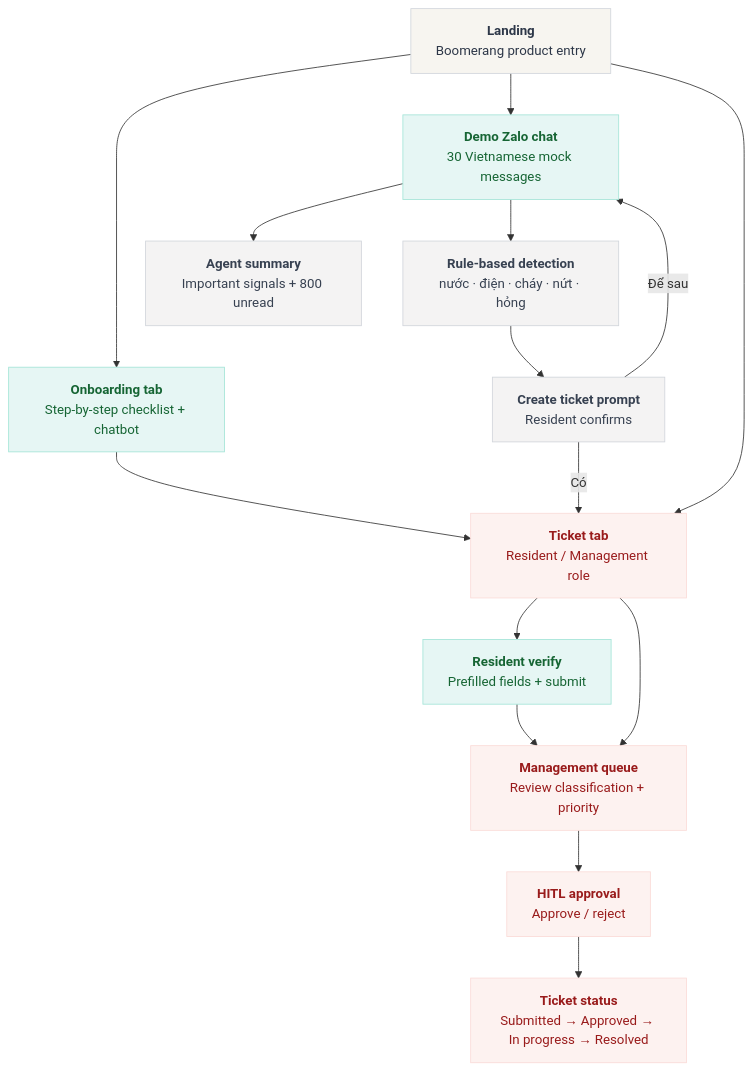
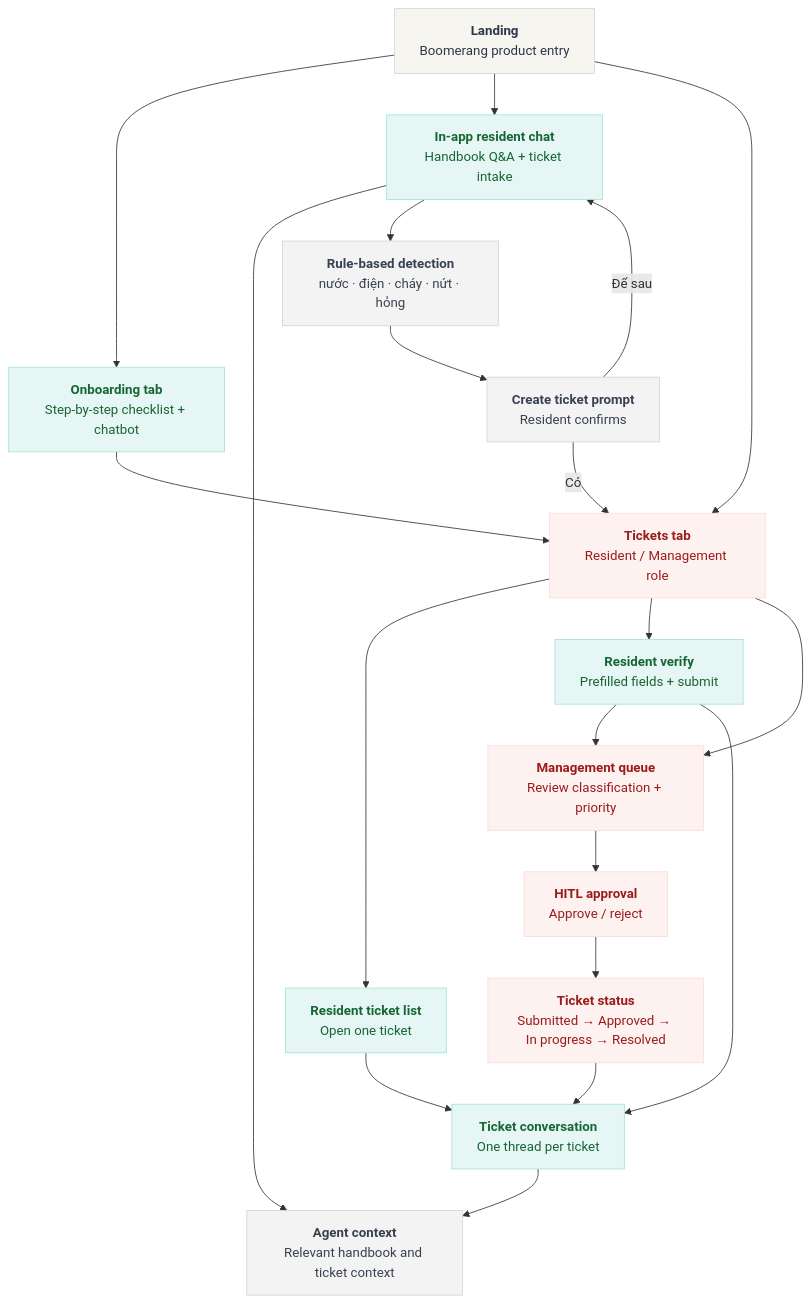
The diagram in docs/uiFlow.mermaid (nguyendangtran2110-bit/p052-deploy), drawn with Mermaid before and after one commit. The commit also changed 66 other files, not shown here.

```diff
--- a/docs/uiFlow.mermaid
+++ b/docs/uiFlow.mermaid
@@ -1,36 +1,43 @@
 graph TD
     Landing["<b>Landing</b><br/>Boomerang product entry"]
     Onboarding["<b>Onboarding tab</b><br/>Step-by-step checklist + chatbot"]
-    Zalo["<b>Demo Zalo chat</b><br/>30 Vietnamese mock messages"]
-    Summary["<b>Agent summary</b><br/>Important signals + 800 unread"]
+    Chat["<b>In-app resident chat</b><br/>Handbook Q&A + ticket intake"]
+    Summary["<b>Agent context</b><br/>Relevant handbook and ticket context"]
     Detect["<b>Rule-based detection</b><br/>nước · điện · cháy · nứt · hỏng"]
     Prompt["<b>Create ticket prompt</b><br/>Resident confirms"]
-    Ticket["<b>Ticket tab</b><br/>Resident / Management role"]
+    Ticket["<b>Tickets tab</b><br/>Resident / Management role"]
+    TicketList["<b>Resident ticket list</b><br/>Open one ticket"]
     Verify["<b>Resident verify</b><br/>Prefilled fields + submit"]
+    Thread["<b>Ticket conversation</b><br/>One thread per ticket"]
     Queue["<b>Management queue</b><br/>Review classification + priority"]
     HITL["<b>HITL approval</b><br/>Approve / reject"]
     Status["<b>Ticket status</b><br/>Submitted → Approved → In progress → Resolved"]
 
     Landing --> Onboarding
-    Landing --> Zalo
+    Landing --> Chat
     Landing --> Ticket
     Onboarding --> Ticket
-    Zalo --> Summary
-    Zalo --> Detect
+    Chat --> Summary
+    Chat --> Detect
     Detect --> Prompt
     Prompt -->|Có| Ticket
-    Prompt -->|Để sau| Zalo
+    Prompt -->|Để sau| Chat
+    Ticket --> TicketList
+    TicketList --> Thread
     Ticket --> Verify
     Ticket --> Queue
     Verify --> Queue
+    Verify --> Thread
     Queue --> HITL
     HITL --> Status
+    Status --> Thread
+    Thread --> Summary
 
     classDef marketing fill:#F7F5F0,stroke:#D1D5DB,stroke-width:1px,color:#2D3748;
     class Landing marketing;
     classDef resident fill:#E6F6F4,stroke:#A3E4D7,stroke-width:1px,color:#166534;
-    class Onboarding,Zalo,Verify resident;
+    class Onboarding,Chat,TicketList,Verify,Thread resident;
     classDef agent fill:#F4F3F3,stroke:#D1D5DB,stroke-width:1px,color:#374151;
     class Summary,Detect,Prompt agent;
     classDef management fill:#FDF2F0,stroke:#FADBD8,stroke-width:1px,color:#991B1B;
     class Ticket,Queue,HITL,Status management;
```
